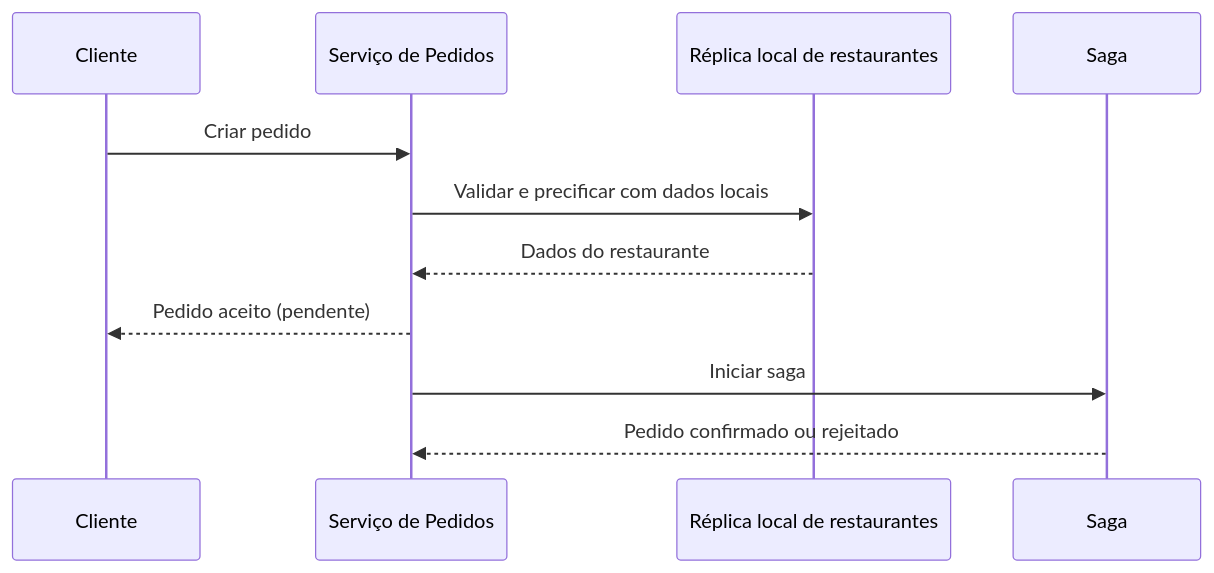
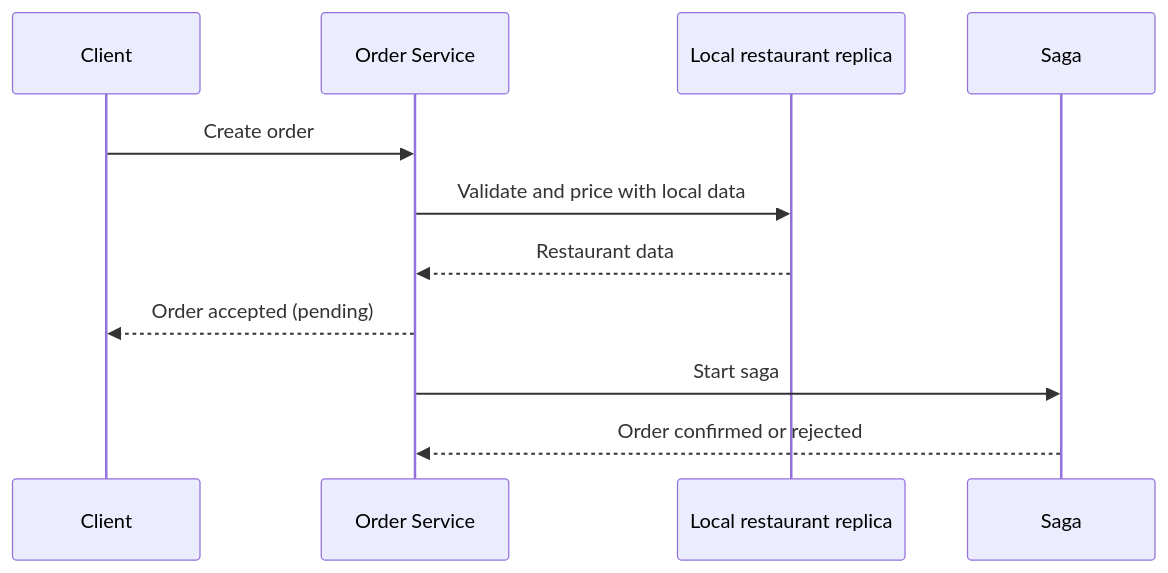
One commit to alancesar/design-patterns changed the diagram in docs/architecture/microservices/service-boundaries/self-contained-service.md. Above: the diagram before and after it, drawn with Mermaid. The commit also changed 258 other files, not shown here.

First line of the commit message:
Translate Mermaid diagrams to English

````diff
--- a/docs/architecture/microservices/service-boundaries/self-contained-service.md
+++ b/docs/architecture/microservices/service-boundaries/self-contained-service.md
@@ -50,13 +50,13 @@
 ```mermaid
 sequenceDiagram
-    participant C as Cliente
-    participant P as Serviço de Pedidos
-    participant R as Réplica local de restaurantes
+    participant C as Client
+    participant P as Order Service
+    participant R as Local restaurant replica
     participant S as Saga
-    C->>P: Criar pedido
-    P->>R: Validar e precificar com dados locais
-    R-->>P: Dados do restaurante
-    P-->>C: Pedido aceito (pendente)
-    P->>S: Iniciar saga
-    S-->>P: Pedido confirmado ou rejeitado
+    C->>P: Create order
+    P->>R: Validate and price with local data
+    R-->>P: Restaurant data
+    P-->>C: Order accepted (pending)
+    P->>S: Start saga
+    S-->>P: Order confirmed or rejected
 ```
````
